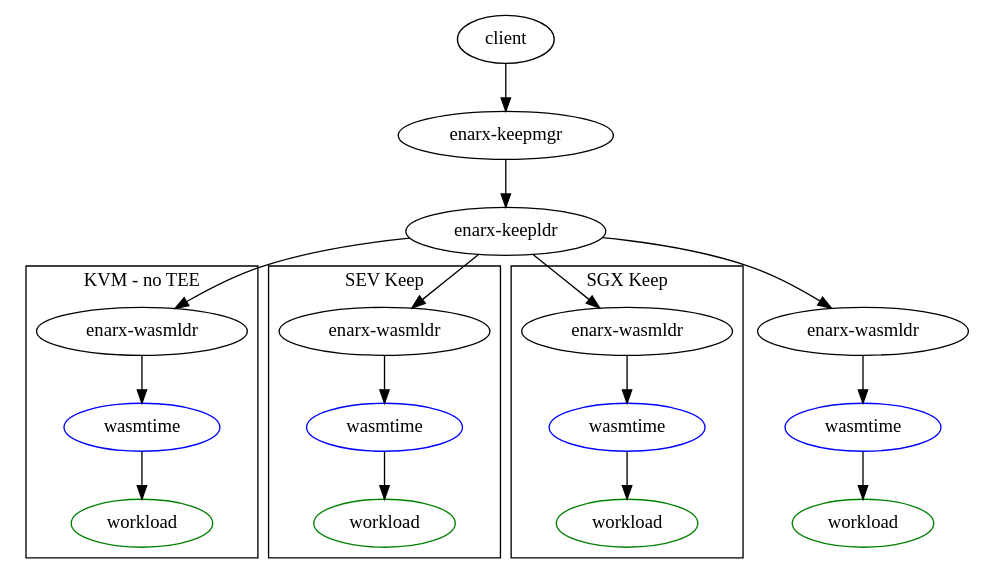
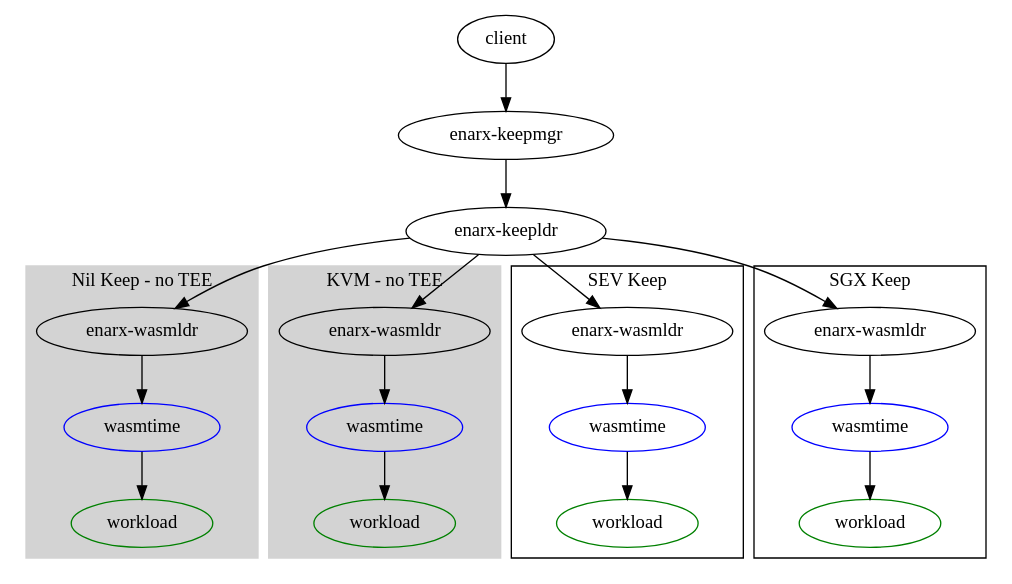
The diagram in docs/architecture/main-repos-architecture.gv (enarx/enarx), drawn with Graphviz before and after one commit. The commit also changed 1 other file, not shown here.

```diff
--- a/docs/architecture/main-repos-architecture.gv
+++ b/docs/architecture/main-repos-architecture.gv
@@ -1,42 +1,51 @@
 digraph enarx_architecture {
 	client [label = "client"];
 	enarx_keepmgr [label = "enarx-keepmgr"];
 	enarx_keepldr [label = "enarx-keepldr"];
 	
 	enarx_wasmldr_nil [label = "enarx-wasmldr"];
 	enarx_wasmldr_kvm [label = "enarx-wasmldr"];	
 	enarx_wasmldr_sev [label = "enarx-wasmldr"];
 	enarx_wasmldr_sgx [label = "enarx-wasmldr"];
 	
 	wasmtime_nil [label = "wasmtime" color="blue"];
 	wasmtime_kvm [label = "wasmtime" color="blue"];	
 	wasmtime_sev [label = "wasmtime" color="blue"];
 	wasmtime_sgx [label = "wasmtime" color="blue"];
 
 	workload_nil [label = "workload" color="green"];
 	workload_kvm [label = "workload" color="green"];
 	workload_sev [label = "workload" color="green"];
 	workload_sgx [label = "workload" color="green"];
 
 	client -> enarx_keepmgr -> enarx_keepldr -> enarx_wasmldr_nil;
 	enarx_keepldr -> enarx_wasmldr_kvm;
 	enarx_keepldr -> enarx_wasmldr_sev;
 	enarx_keepldr -> enarx_wasmldr_sgx;
 	
+	subgraph cluster_tee_nil {
+		style=filled;
+		color=lightgrey;	
+		node [style=filled,color=white];
+		label = "Nil Keep - no TEE";
+		enarx_wasmldr_nil -> wasmtime_nil -> workload_nil;
+	}			
 
-	enarx_wasmldr_nil -> wasmtime_nil -> workload_nil;
-
-	subgraph cluster_tee_kvm {
+	subgraph cluster_tee_kvm {	
+		style=filled;
+		color=lightgrey;	
+		node [style=filled,color=white];
 		 label = "KVM - no TEE";
 		 enarx_wasmldr_kvm -> wasmtime_kvm -> workload_kvm;
 	}
 
 	subgraph cluster_tee_sev {
 		 label = "SEV Keep";
 		 enarx_wasmldr_sev -> wasmtime_sgx -> workload_sgx;
 	}
-		subgraph cluster_tee_sgx {
+
+	subgraph cluster_tee_sgx {
 		 label = "SGX Keep";
 		 enarx_wasmldr_sgx -> wasmtime_sev -> workload_sev;
 	}
 }
```
